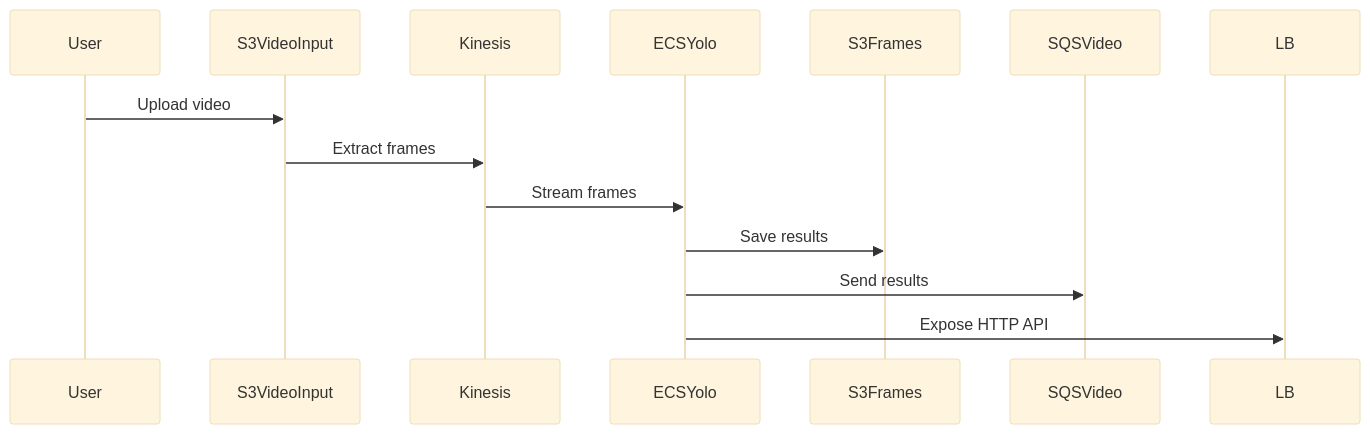
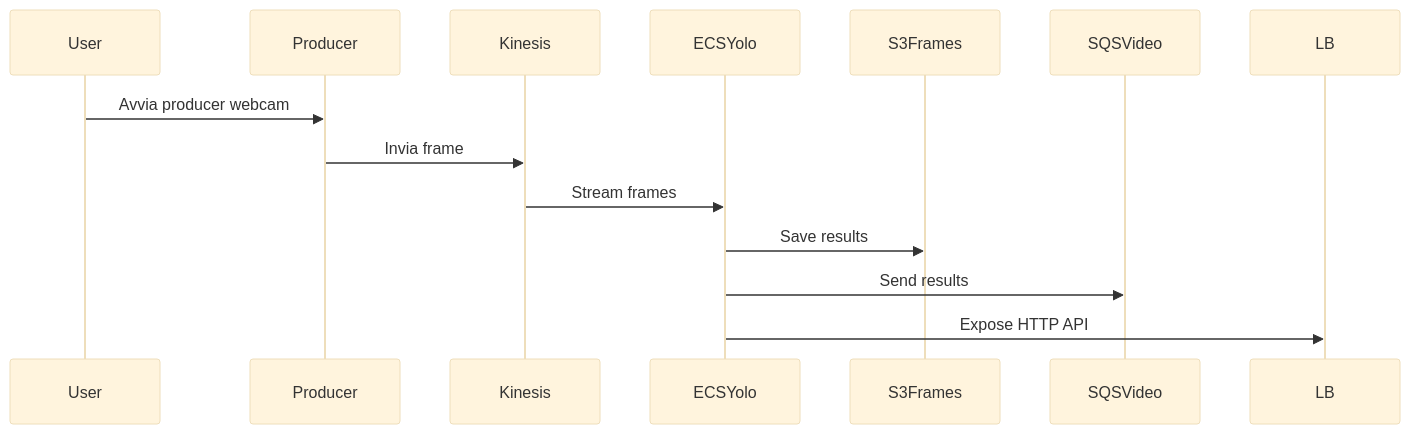
The third of 3 diagrams in hybrid_pipeline/README.md (PedemonteGiacomo/cv2kinesis), drawn with Mermaid (base theme) before and after one commit. The commit also changed other lines of this file, not shown here.

Commit message:
Update README to clarify live video processing terminology and improve diagram descriptions

````diff
--- a/hybrid_pipeline/README.md
+++ b/hybrid_pipeline/README.md
@@ -89,16 +89,16 @@
 ```mermaid
 sequenceDiagram
     participant User
-    participant S3VideoInput
+    participant Producer
     participant Kinesis
     participant ECSYolo
     participant S3Frames
     participant SQSVideo
     participant LB
-    User->>S3VideoInput: Upload video
-    S3VideoInput->>Kinesis: Extract frames
+    User->>Producer: Avvia producer webcam
+    Producer->>Kinesis: Invia frame
     Kinesis->>ECSYolo: Stream frames
     ECSYolo->>S3Frames: Save results
     ECSYolo->>SQSVideo: Send results
     ECSYolo->>LB: Expose HTTP API
 ```
````
